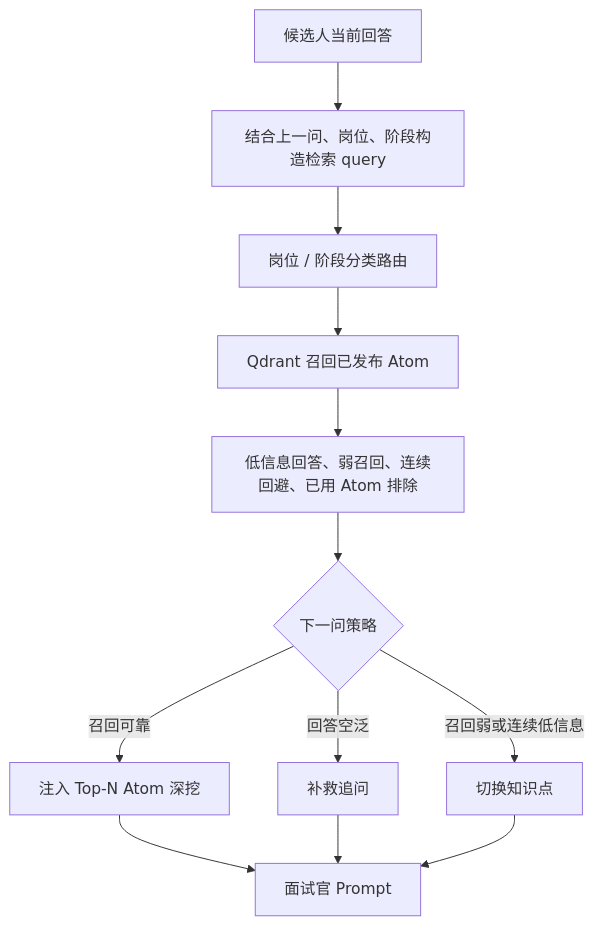
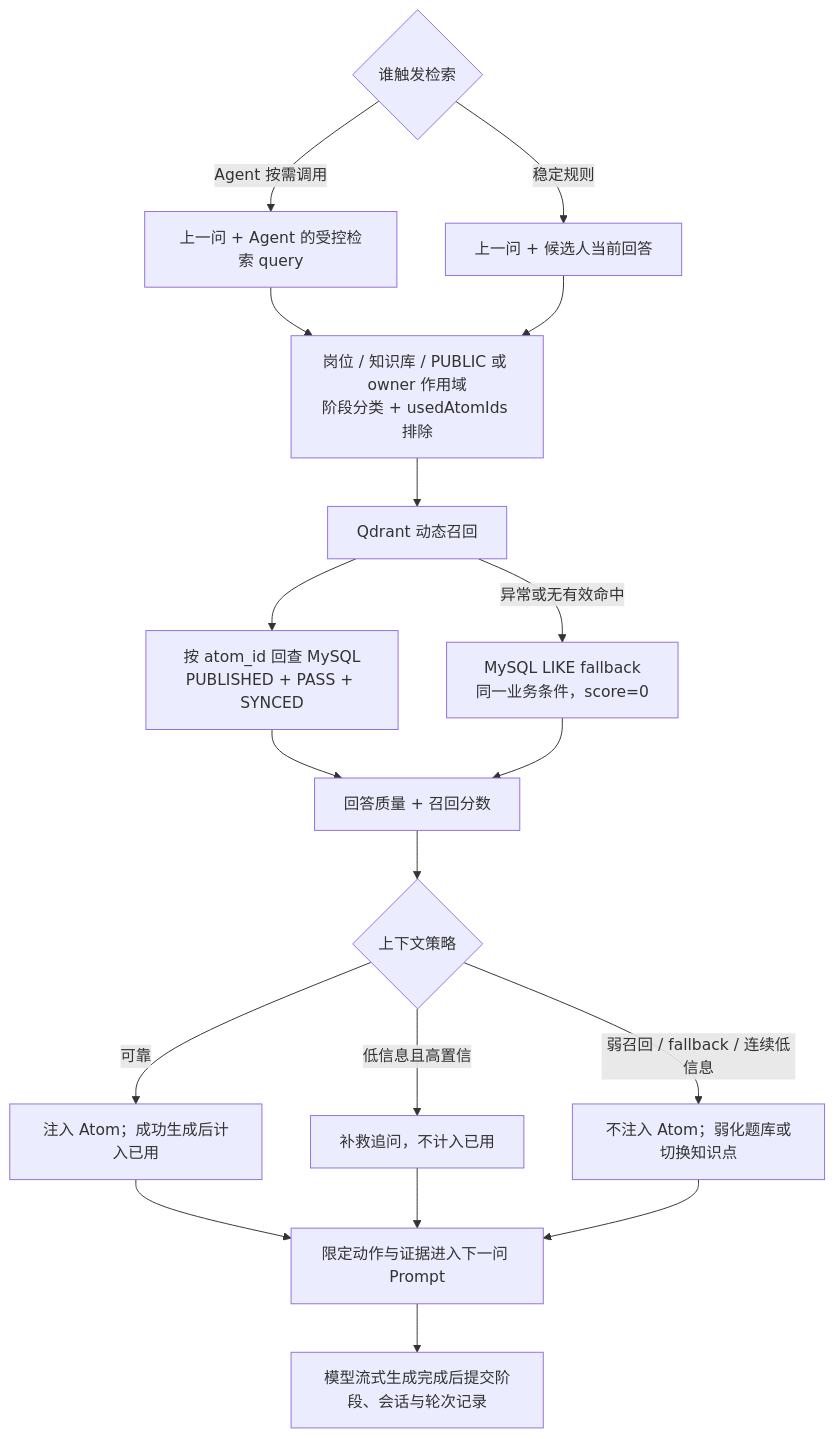
One commit to nzy0510/AI-Interview changed the third of 3 diagrams in README.md. Above: the diagram before and after it, drawn with Mermaid. The commit also changed other lines of this file and 6 other files, not shown here.

Commit message:
docs: align RAG architecture and add editable diagram sources

````diff
--- a/README.md
+++ b/README.md
@@ -199,14 +212,21 @@
 ```mermaid
-graph TD
-    Answer["候选人当前回答"] --> Query["结合上一问、岗位、阶段构造检索 query"]
-    Query --> Route["岗位 / 阶段分类路由"]
-    Route --> Search["Qdrant 召回已发布 Atom"]
-    Search --> Signals["低信息回答、弱召回、连续回避、已用 Atom 排除"]
-    Signals --> Decision{"下一问策略"}
-    Decision -->|"召回可靠"| Deepen["注入 Top-N Atom 深挖"]
-    Decision -->|"回答空泛"| Remedy["补救追问"]
-    Decision -->|"召回弱或连续低信息"| Switch["切换知识点"]
-    Deepen --> Prompt["面试官 Prompt"]
+flowchart TD
+    Source{"谁触发检索"}
+    Source -->|"Agent 按需调用"| AgentQuery["上一问 + Agent 的受控检索 query"]
+    Source -->|"稳定规则"| RuleQuery["上一问 + 候选人当前回答"]
+    AgentQuery --> Scope["岗位 / 知识库 / PUBLIC 或 owner 作用域<br/>阶段分类 + usedAtomIds 排除"]
+    RuleQuery --> Scope
+    Scope --> Search["Qdrant 动态召回"]
+    Search --> Verify["按 atom_id 回查 MySQL<br/>PUBLISHED + PASS + SYNCED"]
+    Search -->|"异常或无有效命中"| Fallback["MySQL LIKE fallback<br/>同一业务条件，score=0"]
+    Verify --> Signals["回答质量 + 召回分数"]
+    Fallback --> Signals
+    Signals --> Decision{"上下文策略"}
+    Decision -->|"可靠"| Deepen["注入 Atom；成功生成后计入已用"]
+    Decision -->|"低信息且高置信"| Remedy["补救追问，不计入已用"]
+    Decision -->|"弱召回 / fallback / 连续低信息"| Switch["不注入 Atom；弱化题库或切换知识点"]
+    Deepen --> Prompt["限定动作与证据进入下一问 Prompt"]
     Remedy --> Prompt
     Switch --> Prompt
+    Prompt --> Log["模型流式生成完成后提交阶段、会话与轮次记录"]
 ```
````
